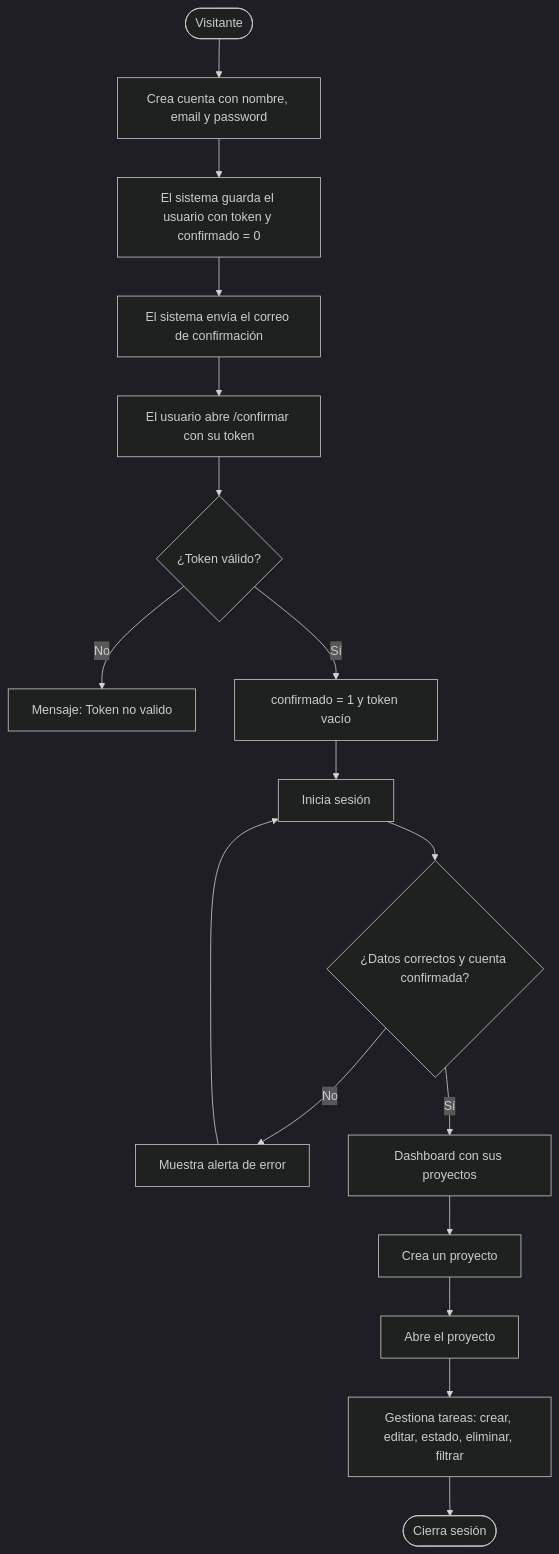
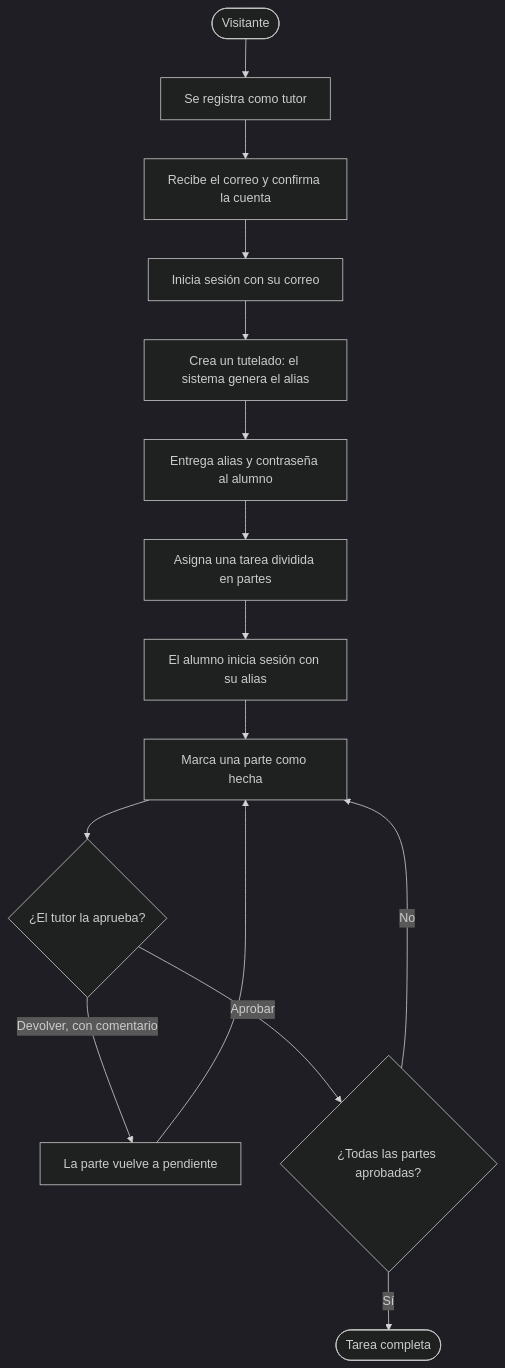
Before and after one commit to JCChoqueM/Santi-Task: the second of 14 diagrams in docs_santitask.md, drawn with Mermaid (dark theme). The commit also changed other lines of this file, not shown here.

Commit message:
Paso 10a: secciones 3 y 4 de docs_santitask.md alineadas con ClaudeTask (roles, partes, vinculos, API)

````diff
--- a/docs_santitask.md
+++ b/docs_santitask.md
@@ -274,19 +330,17 @@
 ```mermaid
 flowchart TD
-    A(["Visitante"]) --> B["Crea cuenta con nombre, email y password"]
-    B --> C["El sistema guarda el usuario con token y confirmado = 0"]
-    C --> D["El sistema envía el correo de confirmación"]
-    D --> E["El usuario abre /confirmar con su token"]
-    E --> F{"¿Token válido?"}
-    F -- "No" --> G["Mensaje: Token no valido"]
-    F -- "Sí" --> H["confirmado = 1 y token vacío"]
-    H --> I["Inicia sesión"]
-    I --> J{"¿Datos correctos y cuenta confirmada?"}
-    J -- "No" --> K["Muestra alerta de error"]
+    A(["Visitante"]) --> B["Se registra como tutor"]
+    B --> C["Recibe el correo y confirma la cuenta"]
+    C --> D["Inicia sesión con su correo"]
+    D --> E["Crea un tutelado: el sistema genera el alias"]
+    E --> F["Entrega alias y contraseña al alumno"]
+    F --> G["Asigna una tarea dividida en partes"]
+    G --> H["El alumno inicia sesión con su alias"]
+    H --> I["Marca una parte como hecha"]
+    I --> J{"¿El tutor la aprueba?"}
+    J -- "Devolver, con comentario" --> K["La parte vuelve a pendiente"]
     K --> I
-    J -- "Sí" --> L["Dashboard con sus proyectos"]
-    L --> M["Crea un proyecto"]
-    M --> N["Abre el proyecto"]
-    N --> O["Gestiona tareas: crear, editar, estado, eliminar, filtrar"]
-    O --> P(["Cierra sesión"])
+    J -- "Aprobar" --> L{"¿Todas las partes aprobadas?"}
+    L -- "No" --> I
+    L -- "Sí" --> M(["Tarea completa"])
 ```
````
